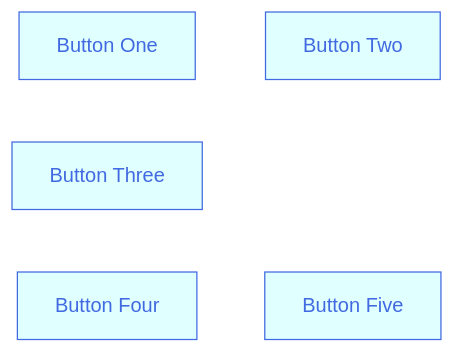
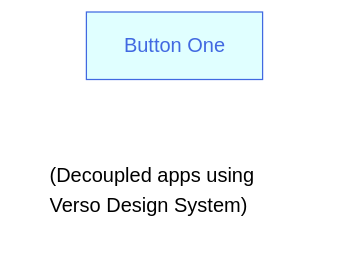
Before and after one commit to joe-dorward/samples: the diagram in buttons_mermaid_v2.md, drawn with Mermaid (neutral theme).

````diff
--- a/buttons_mermaid_v2.md
+++ b/buttons_mermaid_v2.md
@@ -3,28 +3,19 @@
 ```mermaid
   flowchart LR
 
   %% define styles
   classDef Button fill:lightcyan, stroke:royalblue, color:royalblue;
+  classDef Note fill:transparent, stroke:white, text-align:left;
   %% ---------- ---------- ---------- ---------- ---------- ---------- ---------- ---------- ---------- ----------
-  BUTTON_ONE[Button One]:::Button
-  click BUTTON_ONE "https://en.wikipedia.org/wiki/Main_Page" _blank
+  BUTTON_01[Button One]:::Button
+  click BUTTON_01 "https://en.wikipedia.org/wiki/Main_Page" _blank
+
+  BUTTON_01_NOTE["(Decoupled apps using Verso Design System)"]:::Note
+
   %% ---------- ---------- ---------- ---------- ---------- ---------- ---------- ---------- ---------- ----------
-  BUTTON_TWO[Button Two]:::Button
-  click BUTTON_TWO "[https://en.wikipedia.org/wiki/Main_Page](https://www.hastings.gov.uk/coastlinebeaches/tidetables/)" _blank
-  %% ---------- ---------- ---------- ---------- ---------- ---------- ---------- ---------- ---------- ----------
-  BUTTON_THREE[Button Three]:::Button
-  %% ---------- ---------- ---------- ---------- ---------- ---------- ---------- ---------- ---------- ----------
-  BUTTON_FOUR[Button Four]:::Button
-  %% ---------- ---------- ---------- ---------- ---------- ---------- ---------- ---------- ---------- ----------
-  BUTTON_FIVE[Button Five]:::Button
-  %% ---------- ---------- ---------- ---------- ---------- ---------- ---------- ---------- ---------- ----------
-  BUTTON_ONE~~~
-  BUTTON_TWO
-  %% ---------- ---------- ---------- ---------- ---------- ---------- ---------- ---------- ---------- ----------
-  BUTTON_FOUR~~~
-  BUTTON_FIVE
+
   %% ---------- ---------- ---------- ---------- ---------- ---------- ---------- ---------- ---------- ----------
 
 
 
 ```
````
